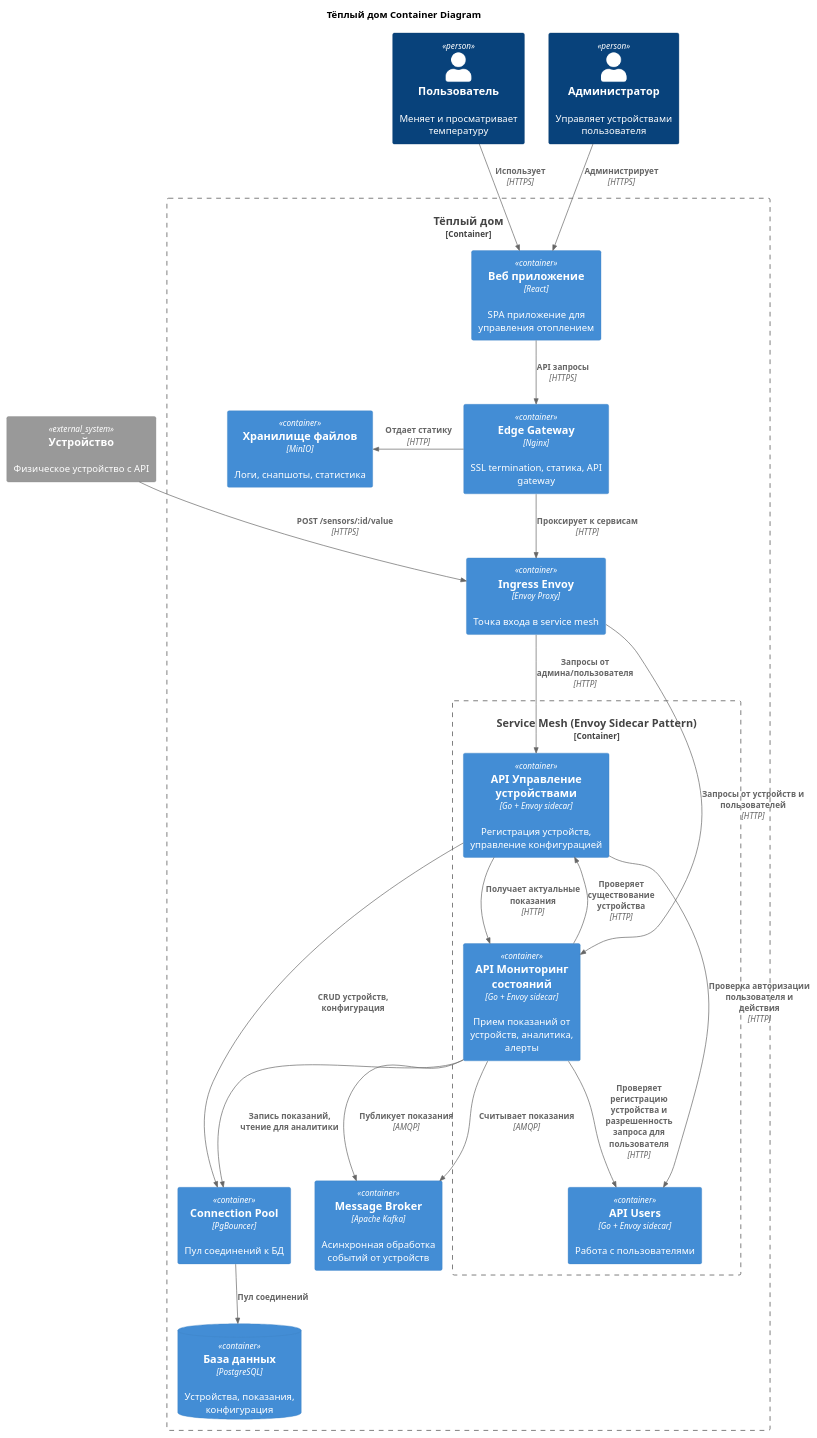
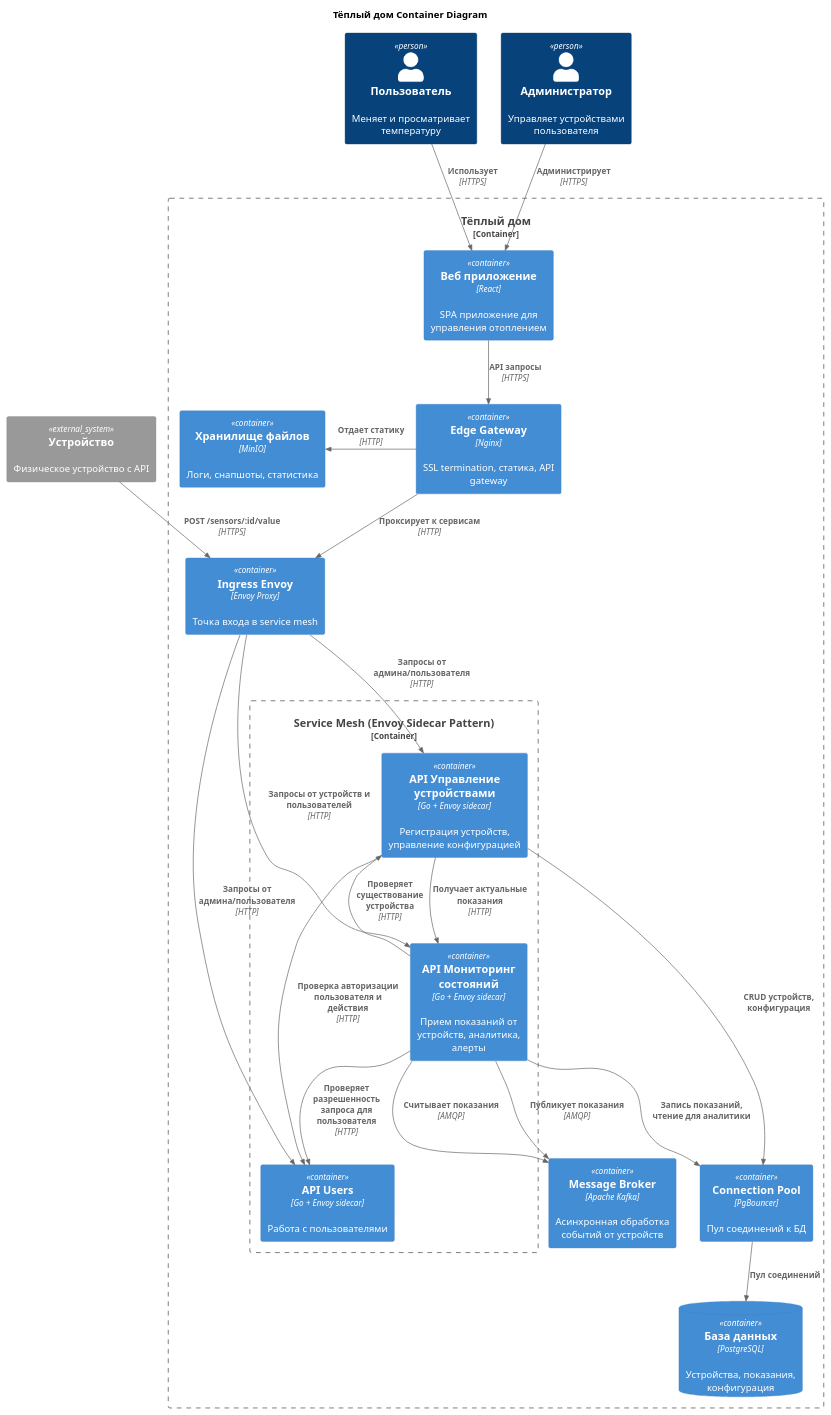
One commit to egorgasay/architecture-pro-warmhouse changed the second of 6 diagrams in README.md. Above: the diagram before and after it, drawn with PlantUML. The commit also changed other lines of this file, not shown here.

````diff
--- a/README.md
+++ b/README.md
@@ -101,64 +101,65 @@
 ```plantuml
 @startuml
 
 title Тёплый дом Container Diagram
 
 top to bottom direction
 
 !includeurl https://raw.githubusercontent.com/RicardoNiepel/C4-PlantUML/master/C4_Container.puml
 
 Person(user, "Пользователь", "Меняет и просматривает температуру")
 Person(admin, "Администратор", "Управляет устройствами пользователя")
 
 Container_Boundary(WarmHouseSystem, "Тёплый дом") {
 	Container(WebApp, "Веб приложение", "React", "SPA приложение для управления отоплением")
 	Container(NginxProxy, "Edge Gateway", "Nginx", "SSL termination, статика, API gateway")
 	Container(IngressEnvoy, "Ingress Envoy", "Envoy Proxy", "Точка входа в service mesh")
 	
 	Container_Boundary(ServiceMesh, "Service Mesh (Envoy Sidecar Pattern)") {
 		Container(SensorsAPI, "API Управление устройствами", "Go + Envoy sidecar", "Регистрация устройств, управление конфигурацией")
 		Container(StateMonitoringAPI, "API Мониторинг состояний", "Go + Envoy sidecar", "Прием показаний от устройств, аналитика, алерты")
 		Container(UsersAPI, "API Users", "Go + Envoy sidecar", "Работа с пользователями")
 	}
 	
 	Container(PgBouncer, "Connection Pool", "PgBouncer", "Пул соединений к БД")
 	ContainerDb(Database, "База данных", "PostgreSQL", "Устройства, показания, конфигурация")
 	Container(S3, "Хранилище файлов", "MinIO", "Логи, снапшоты, статистика")
 	Container(MessageBroker, "Message Broker", "Apache Kafka", "Асинхронная обработка событий от устройств")
 }
 
 System_Ext(sensorDevice, "Устройство", "Физическое устройство с API")
 
 ' Пользователи
 Rel(user, WebApp, "Использует", "HTTPS")
 Rel(admin, WebApp, "Администрирует", "HTTPS")
 
 ' Nginx
 Rel(WebApp, NginxProxy, "API запросы", "HTTPS")
 Rel(NginxProxy, IngressEnvoy, "Проксирует к сервисам", "HTTP")
 Rel_L(NginxProxy, S3, "Отдает статику", "HTTP")
 
 ' Envoy
 Rel(IngressEnvoy, SensorsAPI, "Запросы от админа/пользователя", "HTTP")
+Rel(IngressEnvoy, UsersAPI, "Запросы от админа/пользователя", "HTTP")
 Rel(IngressEnvoy, StateMonitoringAPI, "Запросы от устройств и пользователей", "HTTP")
 
 ' S2S через sidecar Envoy
 Rel(SensorsAPI, StateMonitoringAPI, "Получает актуальные показания", "HTTP")
 Rel(StateMonitoringAPI, SensorsAPI, "Проверяет существование устройства", "HTTP")
 Rel(SensorsAPI, UsersAPI, "Проверка авторизации пользователя и действия", "HTTP")
-Rel(StateMonitoringAPI, UsersAPI, "Проверяет регистрацию устройства и разрешенность запроса для пользователя", "HTTP")
+Rel(StateMonitoringAPI, UsersAPI, "Проверяет разрешенность запроса для пользователя", "HTTP")
 
 ' Брокер
 Rel(StateMonitoringAPI, MessageBroker, "Публикует показания", "AMQP")
 Rel(StateMonitoringAPI, MessageBroker, "Считывает показания", "AMQP")
 
 ' Database
 Rel(SensorsAPI, PgBouncer, "CRUD устройств, конфигурация")
 Rel(StateMonitoringAPI, PgBouncer, "Запись показаний, чтение для аналитики")
 Rel(PgBouncer, Database, "Пул соединений")
 
 ' Обновление данных устройств
 Rel(sensorDevice, IngressEnvoy, "POST /sensors/:id/value", "HTTPS")
 
 @enduml
 ```
````
